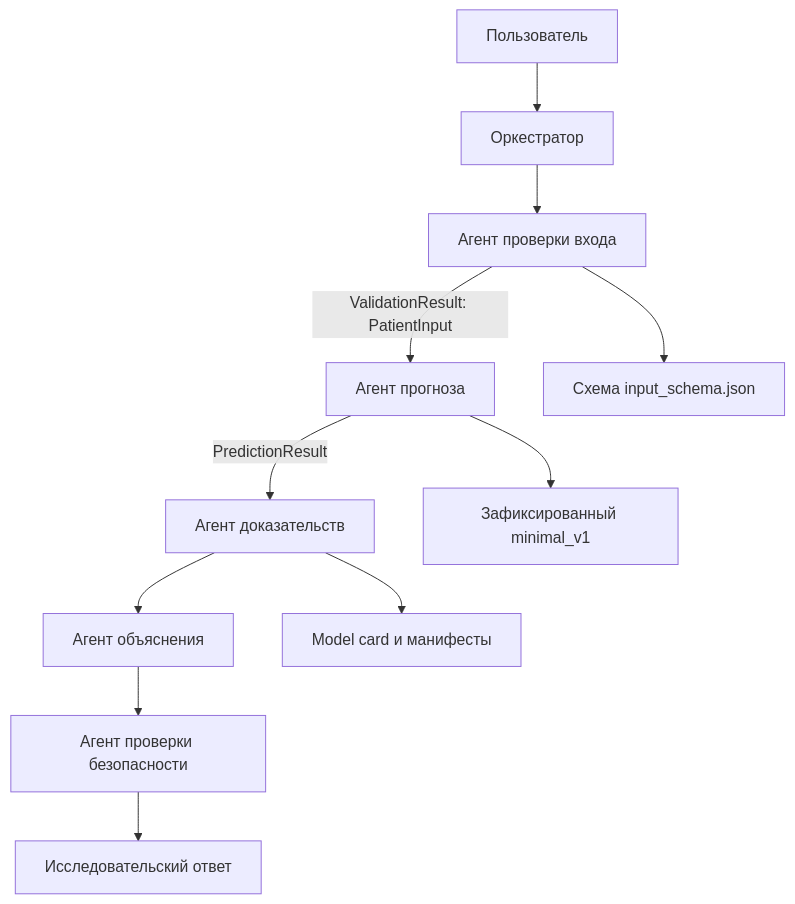
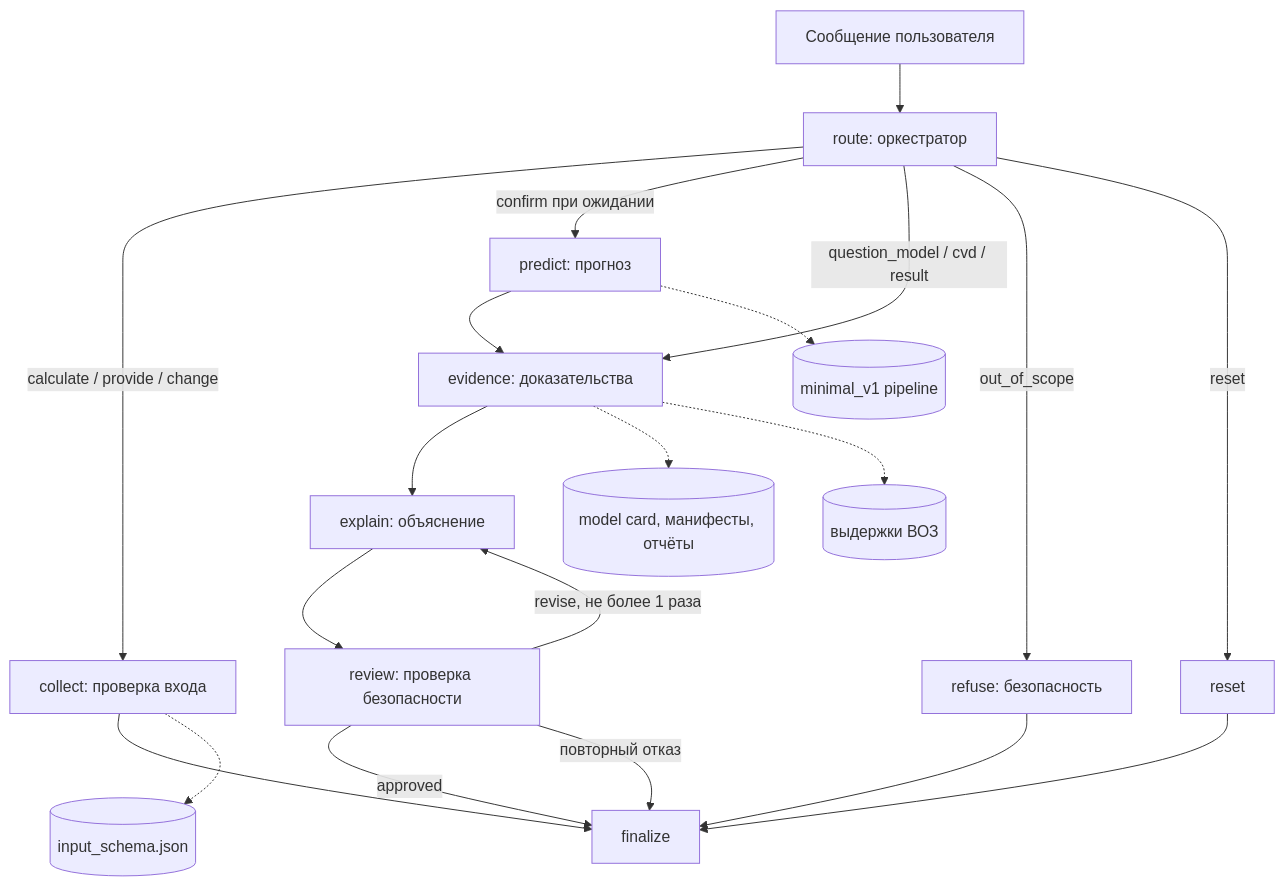
Before and after one commit to Qydnama/cvd-risk-model: the diagram in multi_agent/ARCHITECTURE.md, drawn with Mermaid. The commit also changed other lines of this file and 32 other files, not shown here.

````diff
--- a/multi_agent/ARCHITECTURE.md
+++ b/multi_agent/ARCHITECTURE.md
@@ -7,13 +13,22 @@
 ```mermaid
 flowchart TD
-    U[Пользователь] --> O[Оркестратор]
-    O --> I[Агент проверки входа]
-    I -->|ValidationResult: PatientInput| P[Агент прогноза]
-    P -->|PredictionResult| E[Агент доказательств]
-    E --> X[Агент объяснения]
-    X --> S[Агент проверки безопасности]
-    S --> R[Исследовательский ответ]
-    I --> SC[Схема input_schema.json]
-    P --> ML[Зафиксированный minimal_v1]
-    E --> MC[Model card и манифесты]
+    U[Сообщение пользователя] --> R[route: оркестратор]
+    R -->|calculate / provide / change| C[collect: проверка входа]
+    R -->|confirm при ожидании| P[predict: прогноз]
+    R -->|question_model / cvd / result| E[evidence: доказательства]
+    R -->|out_of_scope| F[refuse: безопасность]
+    R -->|reset| Z[reset]
+    C --> FIN[finalize]
+    P --> E
+    E --> X[explain: объяснение]
+    X --> S[review: проверка безопасности]
+    S -->|approved| FIN
+    S -->|revise, не более 1 раза| X
+    S -->|повторный отказ| FIN
+    F --> FIN
+    Z --> FIN
+    C -.-> SC[(input_schema.json)]
+    P -.-> ML[(minimal_v1 pipeline)]
+    E -.-> DOC[(model card, манифесты, отчёты)]
+    E -.-> WHO[(выдержки ВОЗ)]
 ```
````
